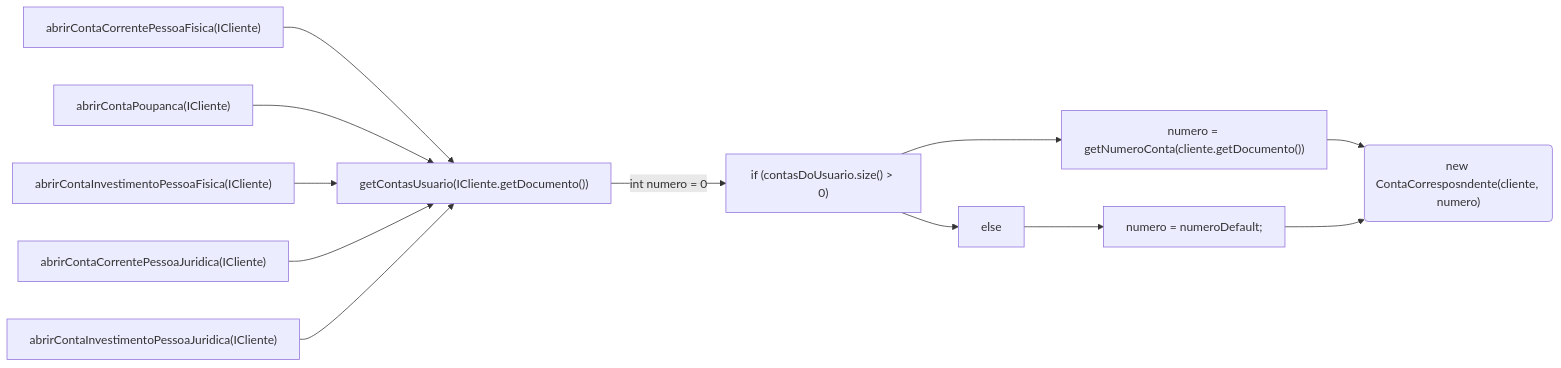
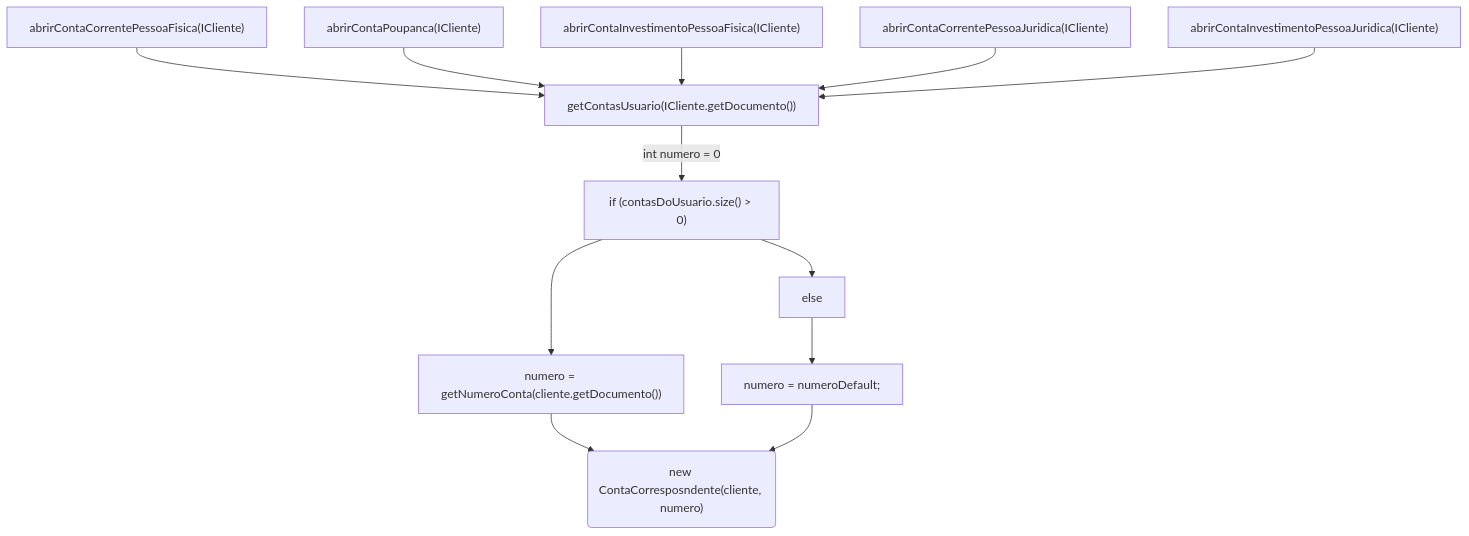
One commit to ThomRamks/POO_2_Banco changed the diagram in Banco/anotacoes.md. Above: the diagram before and after it, drawn with Mermaid. The commit also changed other lines of this file and 4 other files, not shown here.

````diff
--- a/Banco/anotacoes.md
+++ b/Banco/anotacoes.md
@@ -1,18 +1,18 @@
 ```mermaid
-graph LR
+graph
 A["abrirContaCorrentePessoaFisica(ICliente)"] --> F["getContasUsuario(ICliente.getDocumento())"]
 B["abrirContaPoupanca(ICliente)"] -->F["getContasUsuario(ICliente.getDocumento())"]
 C["abrirContaInvestimentoPessoaFisica(ICliente)"] -->F["getContasUsuario(ICliente.getDocumento())"]
 D["abrirContaCorrentePessoaJuridica(ICliente)"] -->F["getContasUsuario(ICliente.getDocumento())"]
 E["abrirContaInvestimentoPessoaJuridica(ICliente)"] -->F["getContasUsuario(ICliente.getDocumento())"]
 
 F["getContasUsuario(ICliente.getDocumento())"] --> |int numero = 0| G["if (contasDoUsuario.size() > 0)"]
 G["if (contasDoUsuario.size() > 0)"] --> H["getNumeroConta(cliente.getDocumento())"]
 G["if (contasDoUsuario.size() > 0)"] --> I["else"]
 
 I["else"] --> J["numero = numeroDefault;"]
 
 H["numero = getNumeroConta(cliente.getDocumento())"] --> K("new ContaCorresposndente(cliente, numero)")
 
 J["numero = numeroDefault;"] --> K("new ContaCorresposndente(cliente, numero)")   
 ```
````
